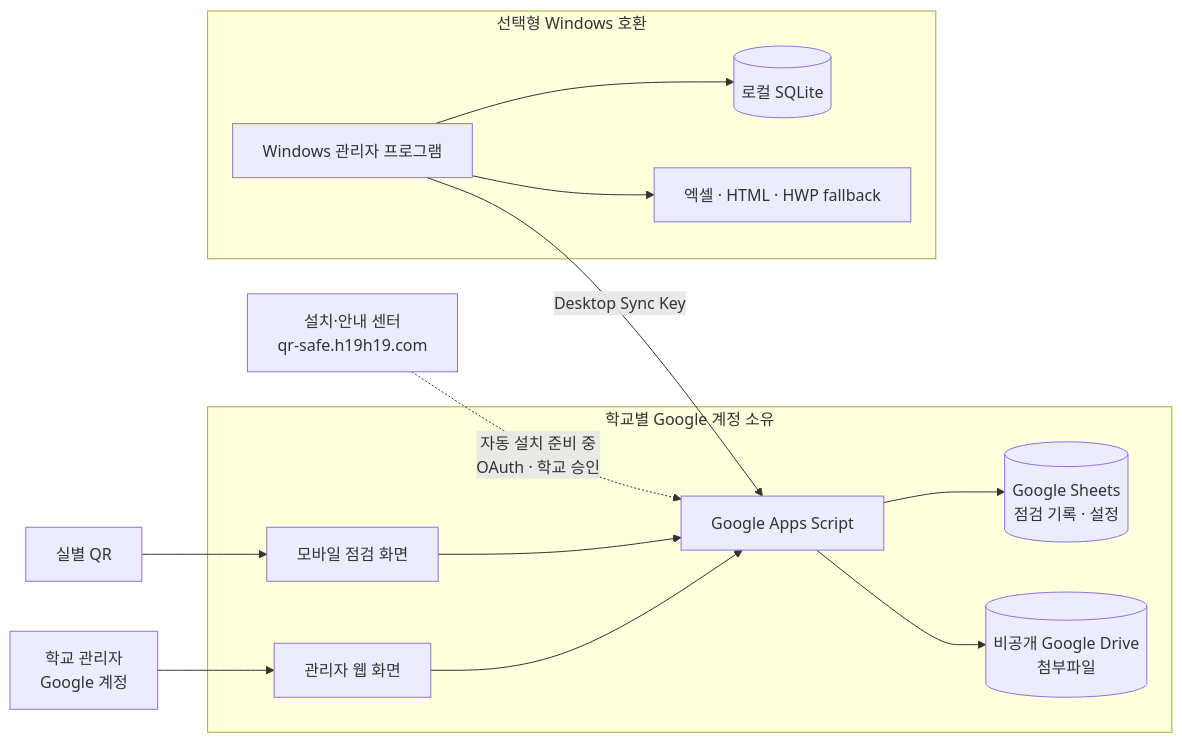
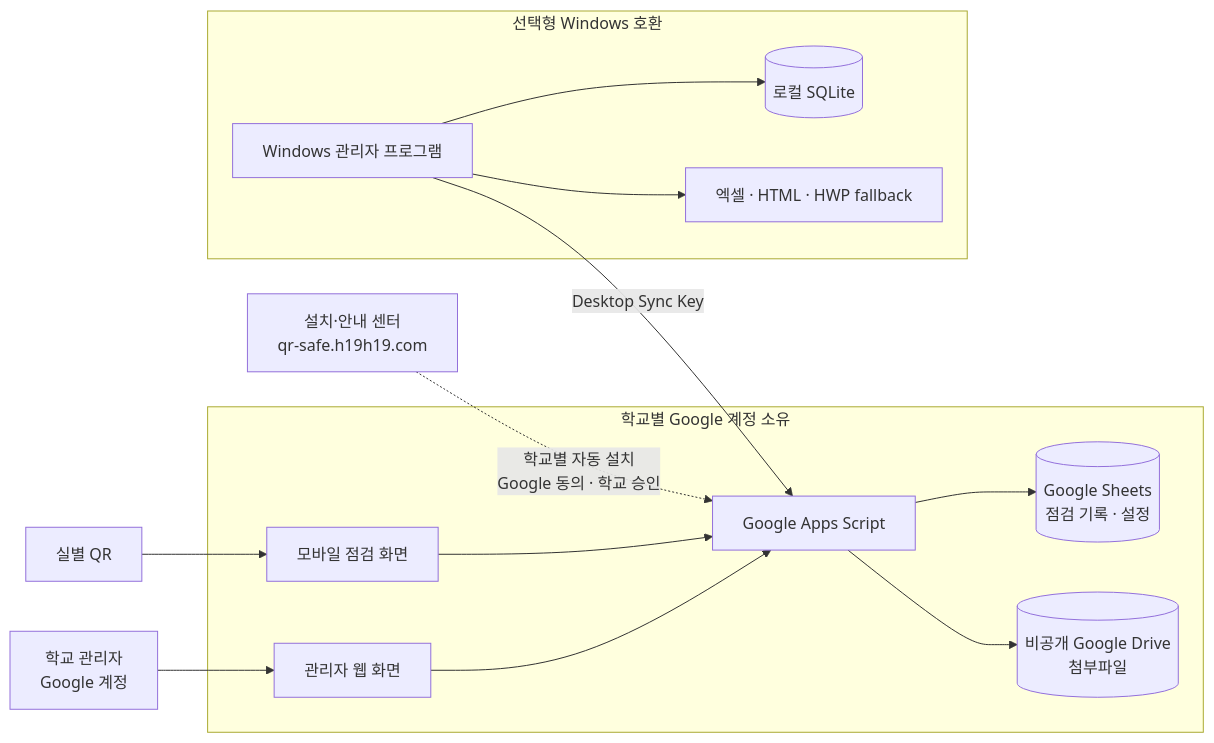
Before and after one commit to h19h29-design/QR-check: the diagram in README.md, drawn with Mermaid. The commit also changed other lines of this file and 16 other files, not shown here.

````diff
--- a/README.md
+++ b/README.md
@@ -41,18 +34,18 @@
 ```mermaid
 flowchart LR
   Site["설치·안내 센터<br/>qr-safe.h19h19.com"]
   QR["실별 QR"] --> Mobile
   Admin["학교 관리자<br/>Google 계정"] --> AdminWeb
-  Site -. "자동 설치 준비 중<br/>OAuth · 학교 승인" .-> GAS
+  Site -. "학교별 자동 설치<br/>Google 동의 · 학교 승인" .-> GAS
   subgraph School["학교별 Google 계정 소유"]
     Mobile["모바일 점검 화면"] --> GAS["Google Apps Script"]
     AdminWeb["관리자 웹 화면"] --> GAS
     GAS --> Sheet[("Google Sheets<br/>점검 기록 · 설정")]
     GAS --> Drive[("비공개 Google Drive<br/>첨부파일")]
   end
   subgraph Optional["선택형 Windows 호환"]
     Desktop["Windows 관리자 프로그램"] --> SQLite[("로컬 SQLite")]
     Desktop --> Export["엑셀 · HTML · HWP fallback"]
   end
   Desktop -- "Desktop Sync Key" --> GAS
 ```
````
